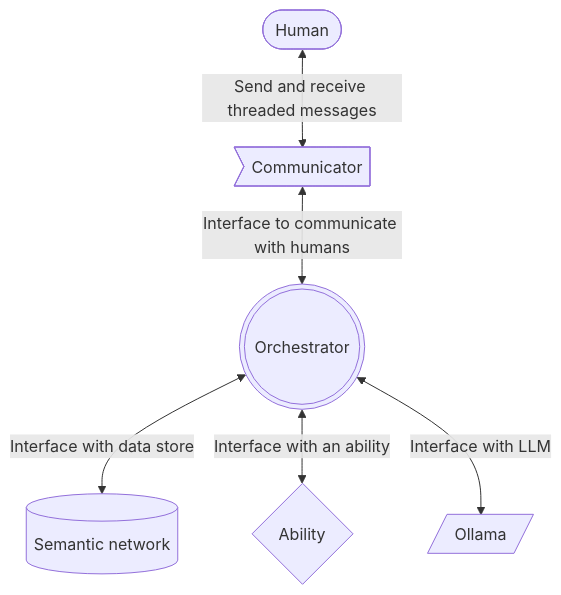
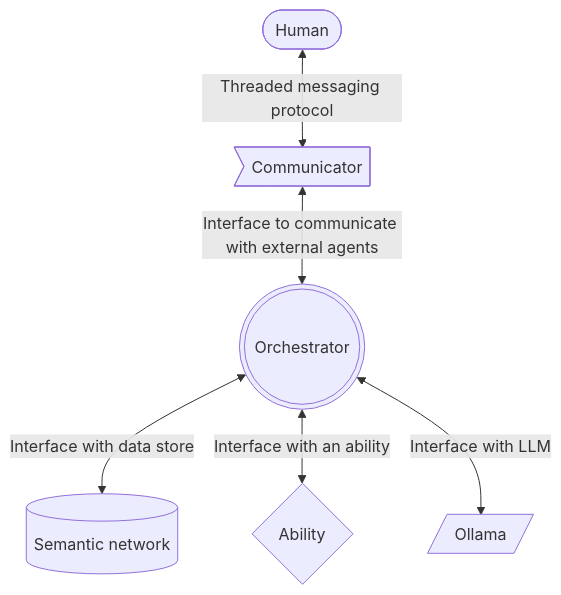
One commit to ReasonAbleAI/ReasonAbleAI changed the first of 2 diagrams in README.md. Above: the diagram before and after it, drawn with Mermaid.

````diff
--- a/README.md
+++ b/README.md
@@ -17,8 +17,8 @@
 ```mermaid
 graph TB
-    A([Human]) <-- "Send and receive threaded messages" --> F>Communicator]
-    F <-- "Interface to communicate with humans" --> B(((Orchestrator)))
+    A([Human]) <-- "Threaded messaging protocol" --> F>Communicator]
+    F <-- "Interface to communicate with external agents" --> B(((Orchestrator)))
     B <-- "Interface with data store" --> D[(Semantic network)]
     B <-- "Interface with an ability" --> C{Ability}
     B <-- "Interface with LLM" --> G[/Ollama/]
 ```
````
